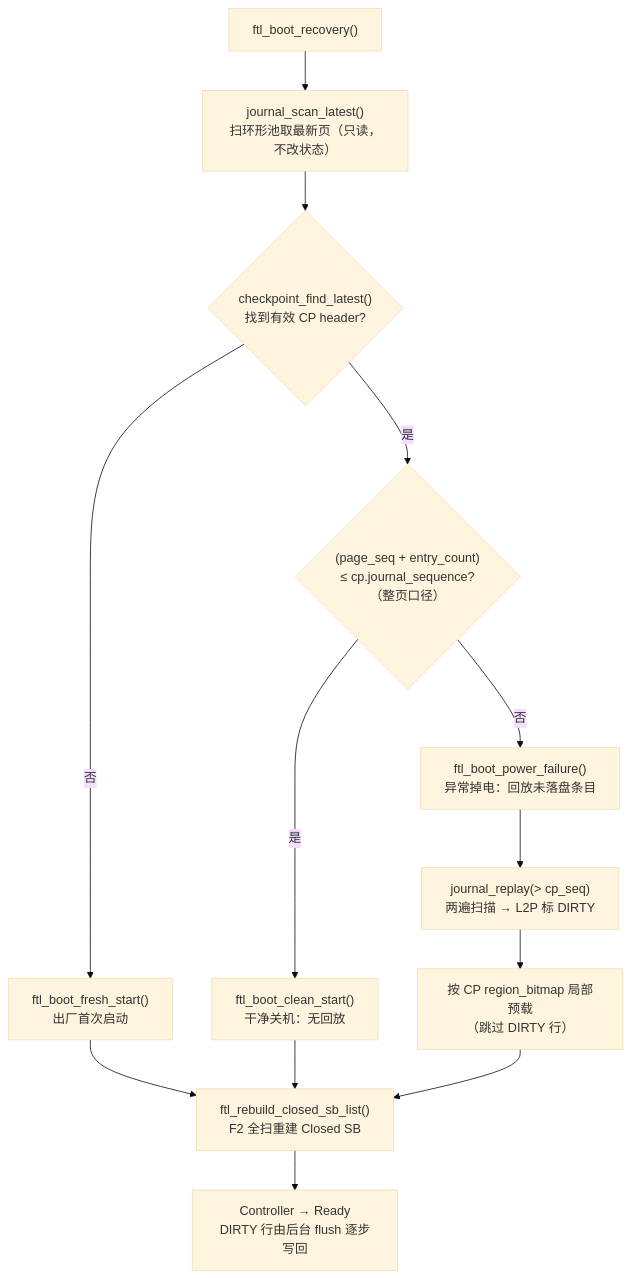
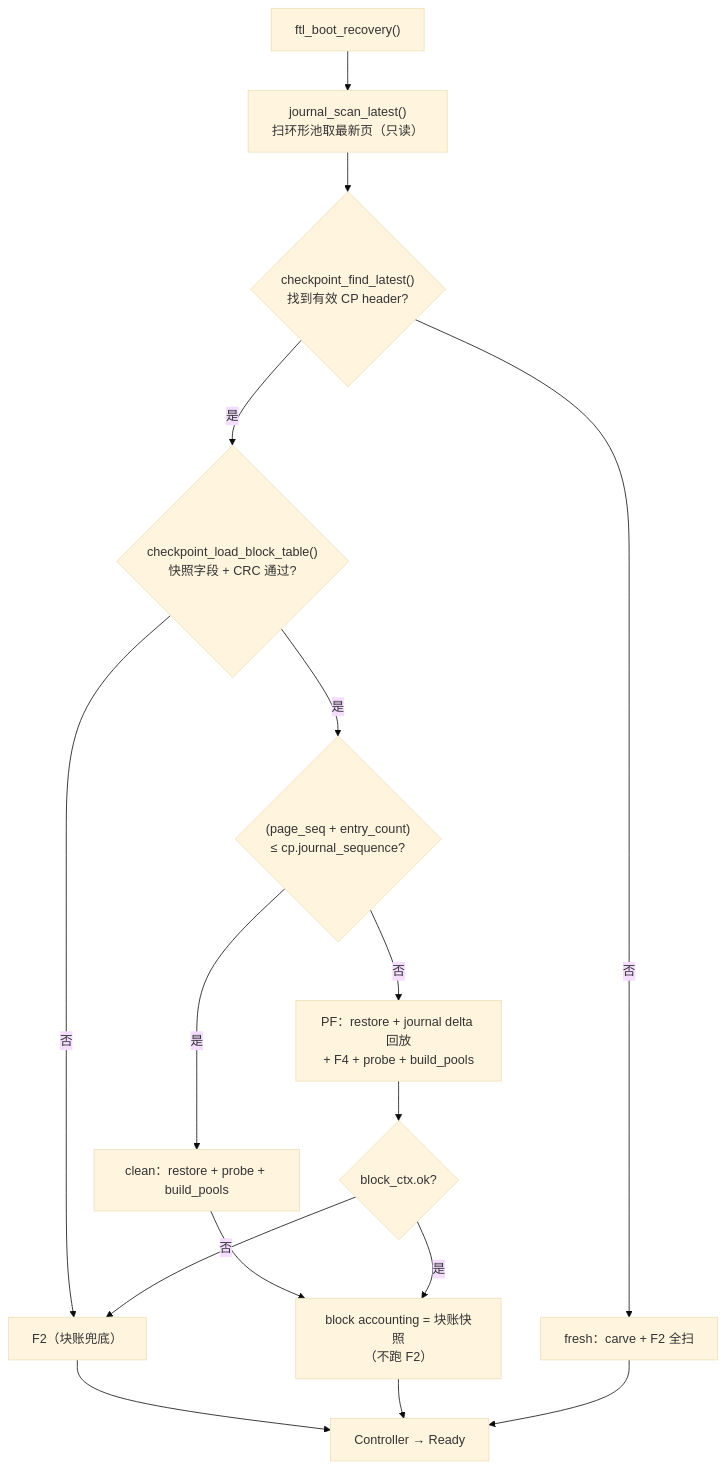
One commit to YzYMIAO/BASESSD changed diagram 12 of 17 in docs/design/ftl_design.md. Above: the diagram before and after it, drawn with Mermaid (base theme). The commit also changed other lines of this file and 12 other files, not shown here.

First line of the commit message:
feat(ftl): 块账快照持久化 —— 开机不再全盘 F2（clean/PF）

````diff
--- a/docs/design/ftl_design.md
+++ b/docs/design/ftl_design.md
@@ -3044,15 +3058,18 @@
 ```mermaid
 flowchart TD
-    BOOT["ftl_boot_recovery()"] --> LATEST["journal_scan_latest()<br/>扫环形池取最新页（只读，不改状态）"]
+    BOOT["ftl_boot_recovery()"] --> LATEST["journal_scan_latest()<br/>扫环形池取最新页（只读）"]
     LATEST --> FIND{"checkpoint_find_latest()<br/>找到有效 CP header?"}
-    FIND -- 否 --> FRESH["ftl_boot_fresh_start()<br/>出厂首次启动"]
-    FIND -- 是 --> JUDGE{"(page_seq + entry_count)<br/>≤ cp.journal_sequence?<br/>（整页口径）"}
-    JUDGE -- 是 --> CLEAN["ftl_boot_clean_start()<br/>干净关机：无回放"]
-    JUDGE -- 否 --> PF["ftl_boot_power_failure()<br/>异常掉电：回放未落盘条目"]
-    PF --> REPLAY["journal_replay(> cp_seq)<br/>两遍扫描 → L2P 标 DIRTY"]
-    REPLAY --> BITMAP["按 CP region_bitmap 局部预载<br/>（跳过 DIRTY 行）"]
-    FRESH --> REBUILD["ftl_rebuild_closed_sb_list()<br/>F2 全扫重建 Closed SB"]
-    CLEAN --> REBUILD
-    BITMAP --> REBUILD
-    REBUILD --> READY["Controller → Ready<br/>DIRTY 行由后台 flush 逐步写回"]
+    FIND -- 否 --> FRESH["fresh：carve + F2 全扫"]
+    FIND -- 是 --> BLKLOAD{"checkpoint_load_block_table()<br/>快照字段 + CRC 通过?"}
+    BLKLOAD -- 否 --> FALLBACK["F2（块账兜底）"]
+    BLKLOAD -- 是 --> JUDGE{"(page_seq + entry_count)<br/>≤ cp.journal_sequence?"}
+    JUDGE -- 是 --> CLEAN["clean：restore + probe + build_pools"]
+    JUDGE -- 否 --> PF["PF：restore + journal delta 回放<br/>+ F4 + probe + build_pools"]
+    PF --> PFOK{"block_ctx.ok?"}
+    PFOK -- 否 --> FALLBACK
+    CLEAN --> RESTORED["block accounting = 块账快照<br/>（不跑 F2）"]
+    PFOK -- 是 --> RESTORED
+    FALLBACK --> READY["Controller → Ready"]
+    RESTORED --> READY
+    FRESH --> READY
 ```
````
